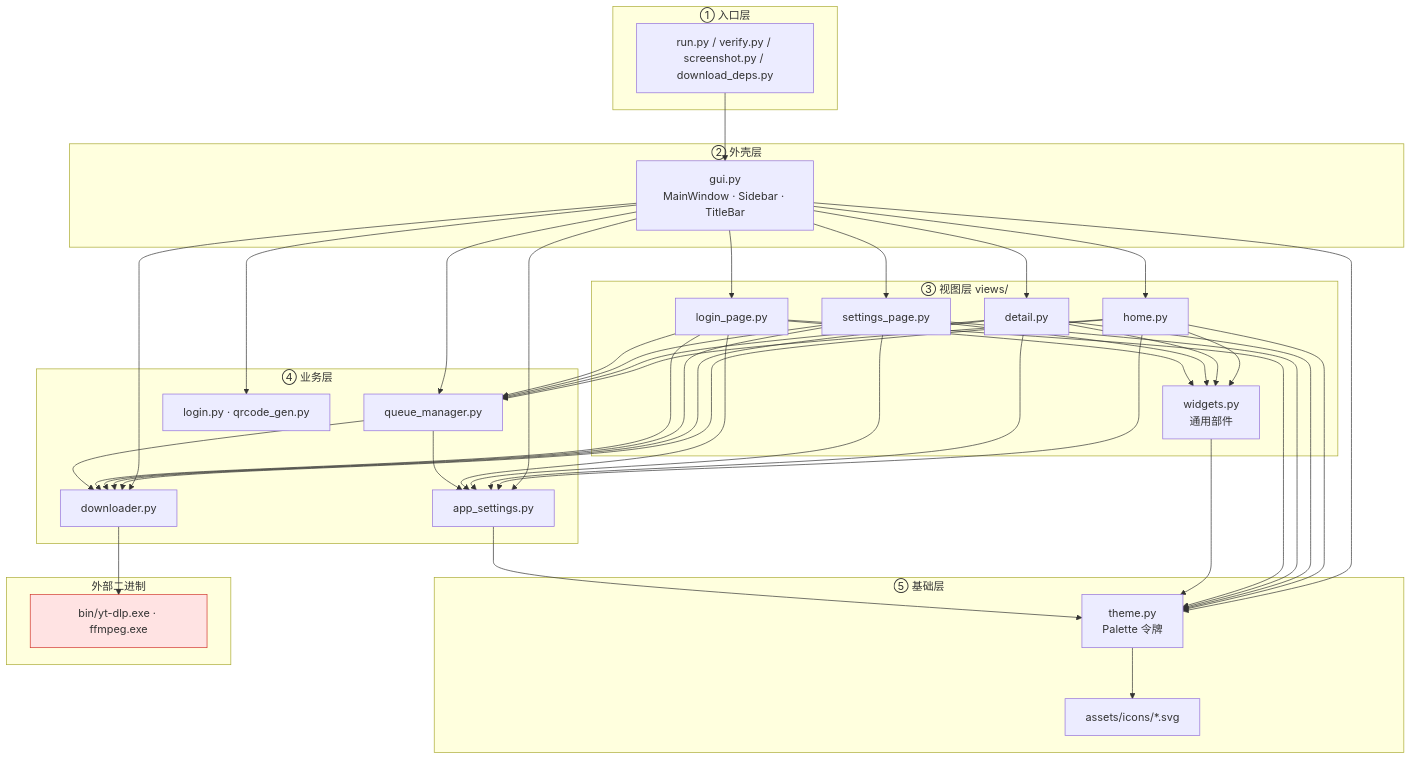
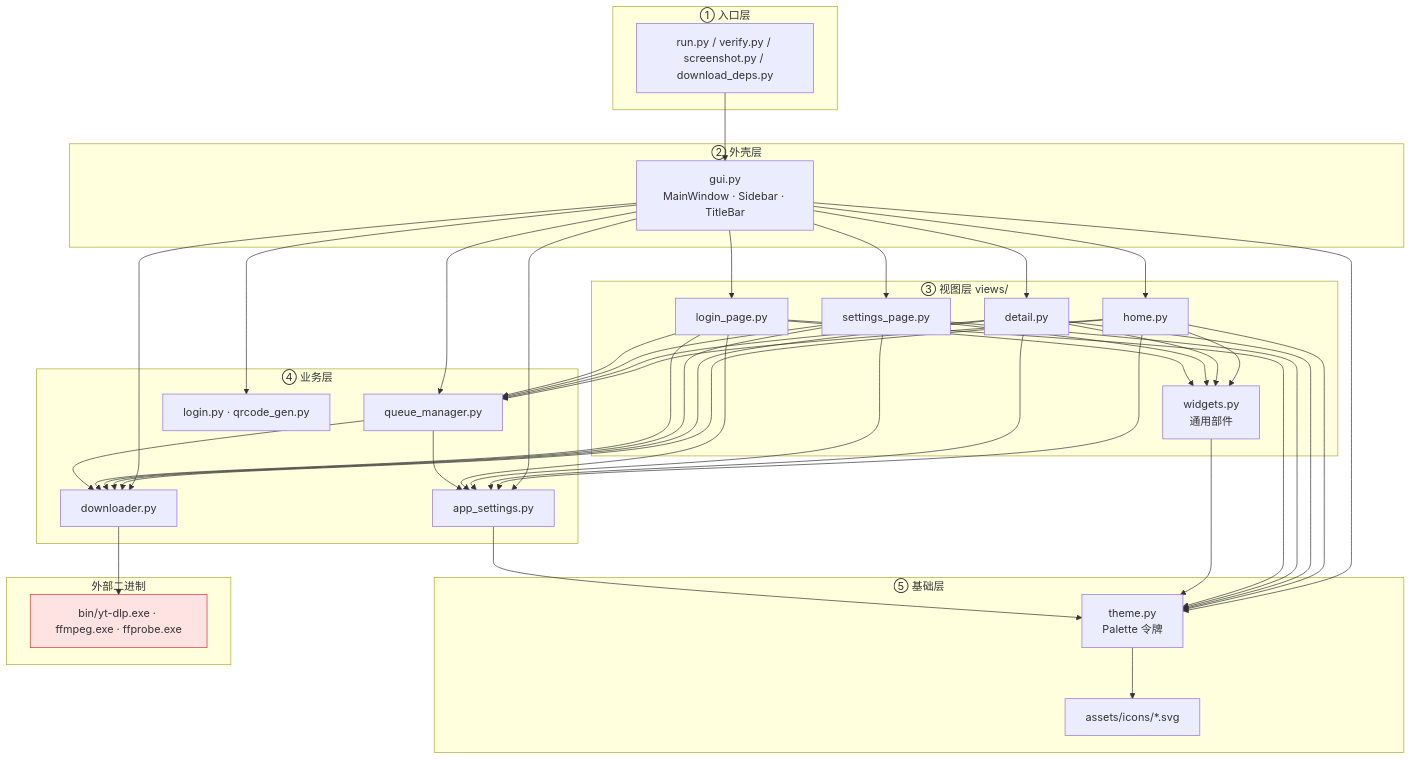
Before and after one commit to mamazi530/blbl-dloader: the first of 2 diagrams in docs/01-团队协作规范.md, drawn with Mermaid. The commit also changed other lines of this file and 11 other files, not shown here.

````diff
--- a/docs/01-团队协作规范.md
+++ b/docs/01-团队协作规范.md
@@ -15,44 +15,44 @@
 ```mermaid
 graph TD
     subgraph L1["① 入口层"]
         RUN["run.py / verify.py / screenshot.py / download_deps.py"]
     end
     subgraph L2["② 外壳层"]
         GUI["gui.py<br/>MainWindow · Sidebar · TitleBar"]
     end
     subgraph L3["③ 视图层 views/"]
         W["widgets.py<br/>通用部件"]
         H["home.py"]
         D["detail.py"]
         S["settings_page.py"]
         L["login_page.py"]
     end
     subgraph L4["④ 业务层"]
         QM["queue_manager.py"]
         DL["downloader.py"]
         LG["login.py · qrcode_gen.py"]
         ST["app_settings.py"]
     end
     subgraph L5["⑤ 基础层"]
         TH["theme.py<br/>Palette 令牌"]
         AS["assets/icons/*.svg"]
     end
     subgraph EXT["外部二进制"]
-        BIN["bin/yt-dlp.exe · ffmpeg.exe"]
+        BIN["bin/yt-dlp.exe · ffmpeg.exe · ffprobe.exe"]
     end
 
     RUN --> GUI
     GUI --> H & D & S & L
     GUI --> QM & DL & LG & ST & TH
     H & D & S & L --> W
     H & D & S & L --> QM & DL & ST & TH
     W --> TH
     QM --> DL
     QM --> ST
     DL --> BIN
     ST --> TH
     TH --> AS
 
     classDef bad fill:#ffe3e3,stroke:#d0342c
     class BIN bad
 ```
````
